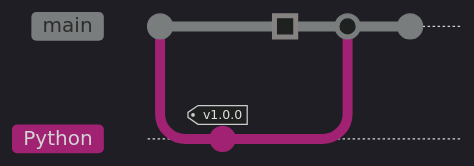
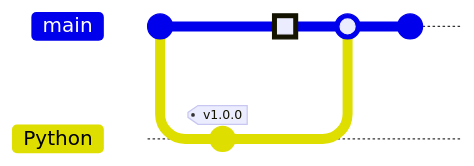
One commit to Achilles0x0/Achilles0x0 changed the diagram in README.md. Above: the diagram before and after it, drawn with Mermaid. The commit also changed other lines of this file, not shown here. Commit ids are hidden.

````diff
--- a/README.md
+++ b/README.md
@@ -20,11 +20,11 @@
 ```mermaid
-%%{init: { 'loglevel': 'debug', 'theme': 'dark' } }%%
+%%{init: { 'loglevel': 'debug', 'theme': 'default' } }%%
 gitGraph
   commit
   branch Python
   commit tag:"v1.0.0"
   checkout main
   commit type: HIGHLIGHT
   merge Python
   commit
 ```
````
